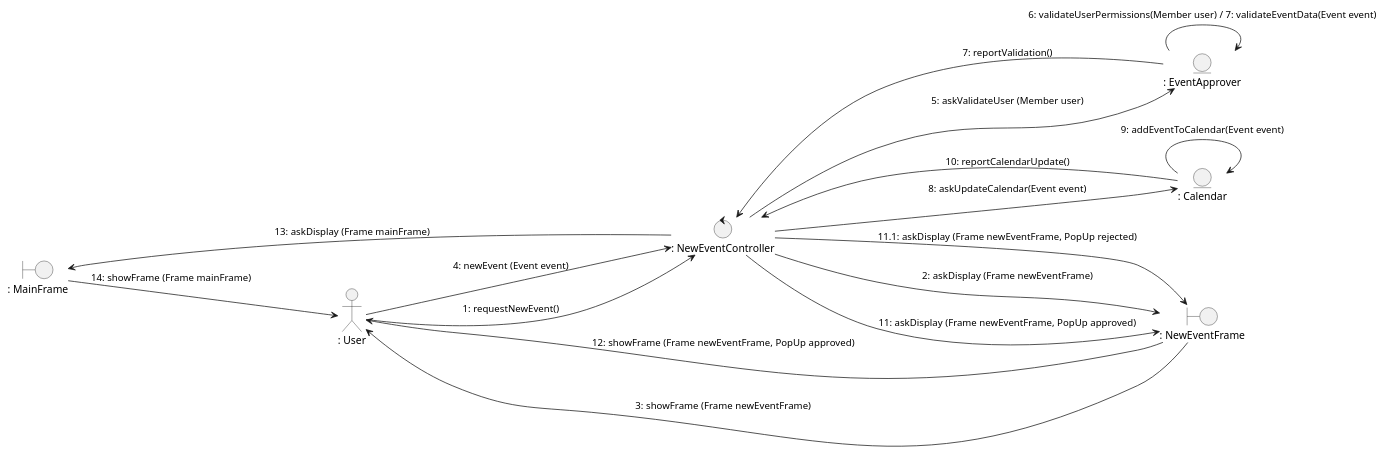
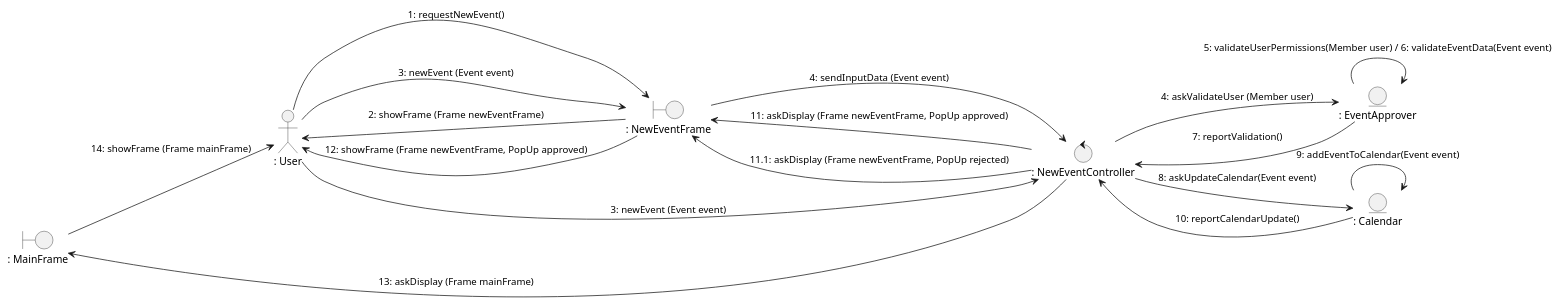
The diagram in docs/logicalView/analysisView/usecaseAnalysis/collaborationDiagram/PlantUML/uc4_createEvent.plantuml (Danfloca02/ProyectoFacUpdate), drawn with PlantUML before and after one commit. The commit also changed 6 other files, not shown here.

Commit message:
New changes to collaboration diagrams

```diff
--- a/docs/logicalView/analysisView/usecaseAnalysis/collaborationDiagram/PlantUML/uc4_createEvent.plantuml
+++ b/docs/logicalView/analysisView/usecaseAnalysis/collaborationDiagram/PlantUML/uc4_createEvent.plantuml
@@ -1,28 +1,29 @@
 @startuml uc4_createEvent
 
 left to right direction
 
 actor ": User" as user
 boundary ": NewEventFrame" as vis
 boundary ": MainFrame" as main
 entity ": EventApprover" as mod
 entity ": Calendar" as cal
 control ": NewEventController" as con
 
-user --> con : 1: requestNewEvent()
-con --> vis : 2: askDisplay (Frame newEventFrame)
-vis --> user : 3: showFrame (Frame newEventFrame)
-user --> con : 4: newEvent (Event event)
-con --> mod : 5: askValidateUser (Member user)
-mod --> mod : 6: validateUserPermissions(Member user) / 7: validateEventData(Event event)
+user --> vis : 1: requestNewEvent()
+vis --> user : 2: showFrame (Frame newEventFrame)
+user --> vis : 3: newEvent (Event event)
+vis --> con : 4: sendInputData (Event event)
+user --> con : 3: newEvent (Event event)
+con --> mod : 4: askValidateUser (Member user)
+mod --> mod : 5: validateUserPermissions(Member user) / 6: validateEventData(Event event)
 mod --> con : 7: reportValidation()
 con --> cal : 8: askUpdateCalendar(Event event)
 cal --> cal : 9: addEventToCalendar(Event event)
 cal --> con : 10: reportCalendarUpdate()
 con --> vis : 11: askDisplay (Frame newEventFrame, PopUp approved)
 con --> vis : 11.1: askDisplay (Frame newEventFrame, PopUp rejected)
 vis --> user : 12: showFrame (Frame newEventFrame, PopUp approved)
 con -up-> main : 13: askDisplay (Frame mainFrame)
 main --> user : 14: showFrame (Frame mainFrame)
 
 @enduml
```
